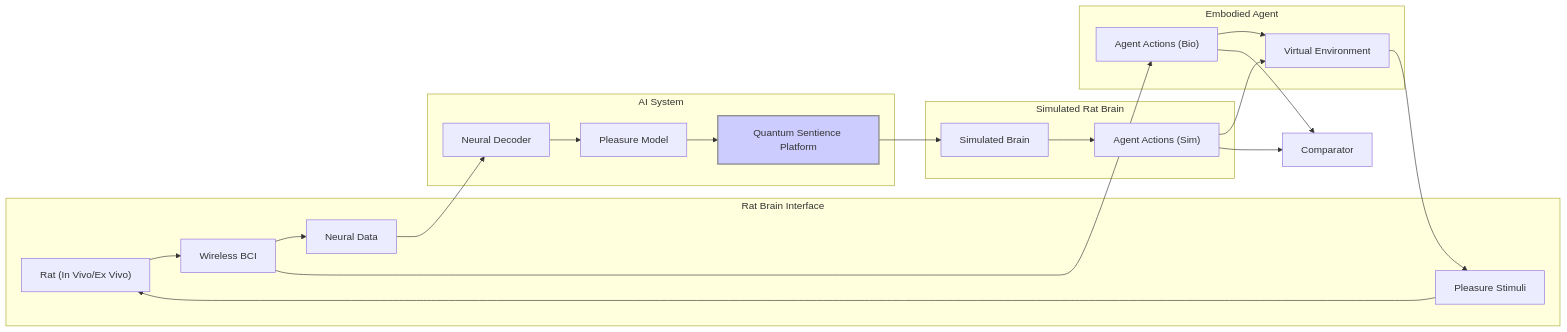
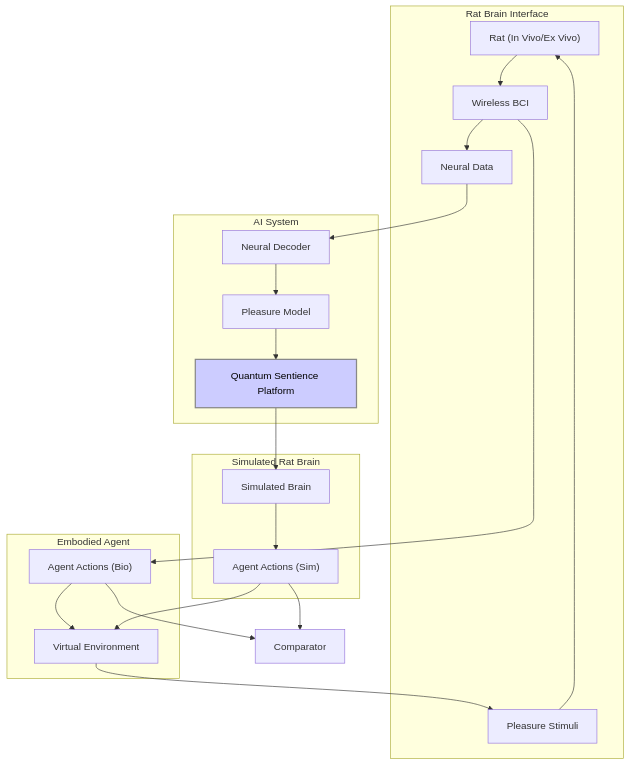
The diagram in sentience_testing/8-rat-qc.mermaid (nshkrdotcom/diagram_experiments), drawn with Mermaid before and after one commit.

Commit message:
update rat diagram

```diff
--- a/sentience_testing/8-rat-qc.mermaid
+++ b/sentience_testing/8-rat-qc.mermaid
@@ -1,27 +1,27 @@
-graph LR
+graph  
     subgraph "Rat Brain Interface"
         Rat["Rat (In Vivo/Ex Vivo)"] --> BCI["Wireless BCI"]
         Stimulus["Pleasure Stimuli"] --> Rat
         BCI --> NeuralData["Neural Data"]
     end
 
     subgraph "AI System"
         NeuralData --> Decoder["Neural Decoder"]
         Decoder --> PleasureModel["Pleasure Model"]
         PleasureModel --> QuantumPlatform["Quantum Sentience Platform"]
     end
     
     subgraph "Simulated Rat Brain"
         QuantumPlatform --> SimulatedBrain["Simulated Brain"]
         SimulatedBrain --> AgentActionsSim["Agent Actions (Sim)"]
     end
 
     subgraph "Embodied Agent"
         AgentActionsSim --> VirtualEnvironment["Virtual Environment"]
         BCI --> AgentActionsBio["Agent Actions (Bio)"]
         AgentActionsBio --> VirtualEnvironment
         VirtualEnvironment --> Stimulus
     end
     AgentActionsSim & AgentActionsBio --> Comparator["Comparator"]
 
-    style QuantumPlatform fill:#ccf,stroke:#888,stroke-width:2px
+    style QuantumPlatform fill:#ccf,stroke:#888,stroke-width:2px,color:#000
```
